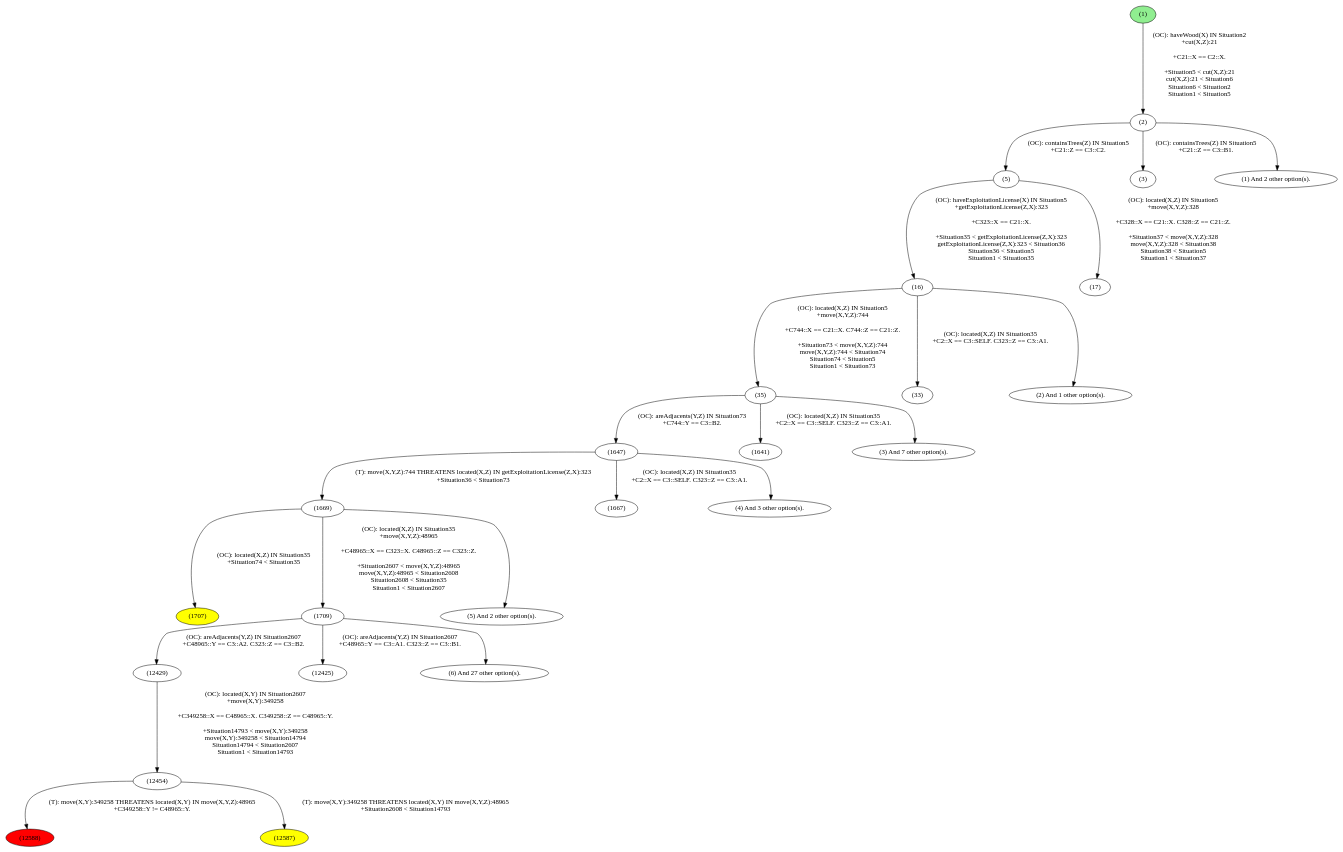
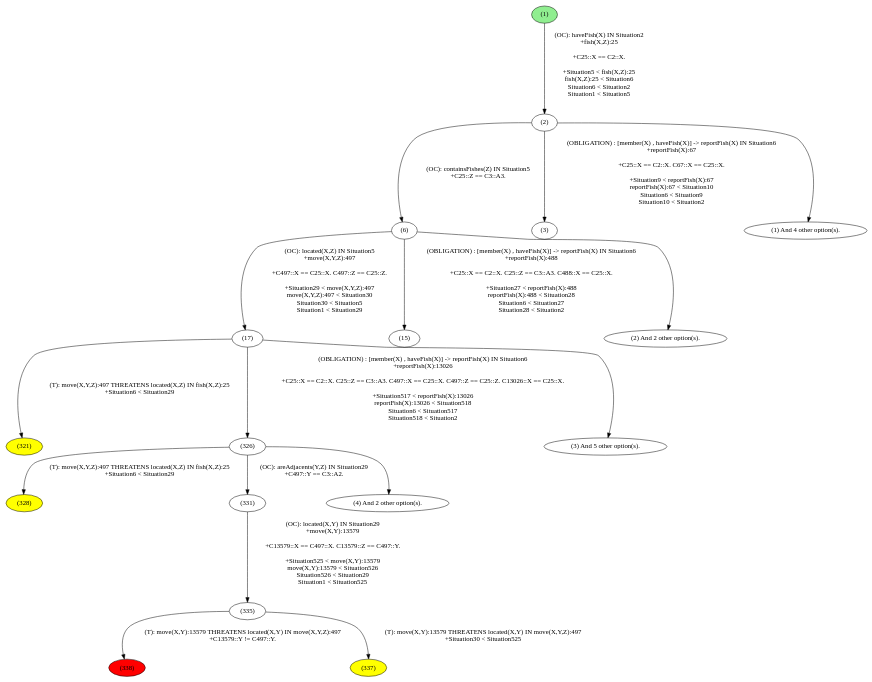
Before and after one commit to tokyramarozaka/mimosa-iriela-extension: the diagram in output/detailed.png.dot, drawn with Graphviz. The commit also changed 9 other files, not shown here.

```diff
--- a/output/detailed.png.dot
+++ b/output/detailed.png.dot
@@ -1,126 +1,101 @@
 digraph G {
-"(12588) " [style=filled,fillcolor="red"];
-"(12587) " [style=filled,fillcolor="yellow"];
-"(1707) " [style=filled,fillcolor="yellow"];
+"(338) " [style=filled,fillcolor="red"];
+"(337) " [style=filled,fillcolor="yellow"];
+"(328) " [style=filled,fillcolor="yellow"];
+"(321) " [style=filled,fillcolor="yellow"];
 "(1) " [style=filled,fillcolor="lightgreen"];
-"(1) " -> "(2) " [label="(OC): haveWood(X) IN Situation2
-+cut(X,Z):21
+"(1) " -> "(2) " [label="(OC): haveFish(X) IN Situation2
++fish(X,Z):25
 
-+C21::X == C2::X. 
++C25::X == C2::X. 
 
-+Situation5 < cut(X,Z):21
-cut(X,Z):21 < Situation6
++Situation5 < fish(X,Z):25
+fish(X,Z):25 < Situation6
 Situation6 < Situation2
 Situation1 < Situation5
 
 "];
-"(2) " -> "(5) " [label="(OC): containsTrees(Z) IN Situation5
-+C21::Z == C3::C2. 
+"(2) " -> "(6) " [label="(OC): containsFishes(Z) IN Situation5
++C25::Z == C3::A3. 
 
 "];
-"(2) " -> "(3) " [label="(OC): containsTrees(Z) IN Situation5
-+C21::Z == C3::B1. 
+"(2) " -> "(3) " [label="(OBLIGATION) : [member(X) , haveFish(X)] -> reportFish(X) IN Situation6
++reportFish(X):67
+
++C25::X == C2::X. C67::X == C25::X. 
+
++Situation9 < reportFish(X):67
+reportFish(X):67 < Situation10
+Situation6 < Situation9
+Situation10 < Situation2
 
 "];
-"(2) " -> "(1) And 2 other option(s).";
-"(5) " -> "(16) " [label="(OC): haveExploitationLicense(X) IN Situation5
-+getExploitationLicense(Z,X):323
+"(2) " -> "(1) And 4 other option(s).";
+"(6) " -> "(17) " [label="(OC): located(X,Z) IN Situation5
++move(X,Y,Z):497
 
-+C323::X == C21::X. 
++C497::X == C25::X. C497::Z == C25::Z. 
 
-+Situation35 < getExploitationLicense(Z,X):323
-getExploitationLicense(Z,X):323 < Situation36
-Situation36 < Situation5
-Situation1 < Situation35
++Situation29 < move(X,Y,Z):497
+move(X,Y,Z):497 < Situation30
+Situation30 < Situation5
+Situation1 < Situation29
 
 "];
-"(5) " -> "(17) " [label="(OC): located(X,Z) IN Situation5
-+move(X,Y,Z):328
+"(6) " -> "(15) " [label="(OBLIGATION) : [member(X) , haveFish(X)] -> reportFish(X) IN Situation6
++reportFish(X):488
 
-+C328::X == C21::X. C328::Z == C21::Z. 
++C25::X == C2::X. C25::Z == C3::A3. C488::X == C25::X. 
 
-+Situation37 < move(X,Y,Z):328
-move(X,Y,Z):328 < Situation38
-Situation38 < Situation5
-Situation1 < Situation37
++Situation27 < reportFish(X):488
+reportFish(X):488 < Situation28
+Situation6 < Situation27
+Situation28 < Situation2
 
 "];
-"(16) " -> "(35) " [label="(OC): located(X,Z) IN Situation5
-+move(X,Y,Z):744
+"(6) " -> "(2) And 2 other option(s).";
+"(17) " -> "(326) " [label="(OBLIGATION) : [member(X) , haveFish(X)] -> reportFish(X) IN Situation6
++reportFish(X):13026
 
-+C744::X == C21::X. C744::Z == C21::Z. 
++C25::X == C2::X. C25::Z == C3::A3. C497::X == C25::X. C497::Z == C25::Z. C13026::X == C25::X. 
 
-+Situation73 < move(X,Y,Z):744
-move(X,Y,Z):744 < Situation74
-Situation74 < Situation5
-Situation1 < Situation73
++Situation517 < reportFish(X):13026
+reportFish(X):13026 < Situation518
+Situation6 < Situation517
+Situation518 < Situation2
 
 "];
-"(16) " -> "(33) " [label="(OC): located(X,Z) IN Situation35
-+C2::X == C3::SELF. C323::Z == C3::A1. 
+"(17) " -> "(321) " [label="(T): move(X,Y,Z):497 THREATENS located(X,Z) IN fish(X,Z):25
++Situation6 < Situation29
 
 "];
-"(16) " -> "(2) And 1 other option(s).";
-"(35) " -> "(1647) " [label="(OC): areAdjacents(Y,Z) IN Situation73
-+C744::Y == C3::B2. 
+"(17) " -> "(3) And 5 other option(s).";
+"(326) " -> "(331) " [label="(OC): areAdjacents(Y,Z) IN Situation29
++C497::Y == C3::A2. 
 
 "];
-"(35) " -> "(1641) " [label="(OC): located(X,Z) IN Situation35
-+C2::X == C3::SELF. C323::Z == C3::A1. 
+"(326) " -> "(328) " [label="(T): move(X,Y,Z):497 THREATENS located(X,Z) IN fish(X,Z):25
++Situation6 < Situation29
 
 "];
-"(35) " -> "(3) And 7 other option(s).";
-"(1647) " -> "(1669) " [label="(T): move(X,Y,Z):744 THREATENS located(X,Z) IN getExploitationLicense(Z,X):323
-+Situation36 < Situation73
+"(326) " -> "(4) And 2 other option(s).";
+"(331) " -> "(335) " [label="(OC): located(X,Y) IN Situation29
++move(X,Y):13579
+
++C13579::X == C497::X. C13579::Z == C497::Y. 
+
++Situation525 < move(X,Y):13579
+move(X,Y):13579 < Situation526
+Situation526 < Situation29
+Situation1 < Situation525
 
 "];
-"(1647) " -> "(1667) " [label="(OC): located(X,Z) IN Situation35
-+C2::X == C3::SELF. C323::Z == C3::A1. 
+"(335) " -> "(338) " [label="(T): move(X,Y):13579 THREATENS located(X,Y) IN move(X,Y,Z):497
++C13579::Y != C497::Y. 
 
 "];
-"(1647) " -> "(4) And 3 other option(s).";
-"(1669) " -> "(1709) " [label="(OC): located(X,Z) IN Situation35
-+move(X,Y,Z):48965
-
-+C48965::X == C323::X. C48965::Z == C323::Z. 
-
-+Situation2607 < move(X,Y,Z):48965
-move(X,Y,Z):48965 < Situation2608
-Situation2608 < Situation35
-Situation1 < Situation2607
-
-"];
-"(1669) " -> "(1707) " [label="(OC): located(X,Z) IN Situation35
-+Situation74 < Situation35
-
-"];
-"(1669) " -> "(5) And 2 other option(s).";
-"(1709) " -> "(12429) " [label="(OC): areAdjacents(Y,Z) IN Situation2607
-+C48965::Y == C3::A2. C323::Z == C3::B2. 
-
-"];
-"(1709) " -> "(12425) " [label="(OC): areAdjacents(Y,Z) IN Situation2607
-+C48965::Y == C3::A1. C323::Z == C3::B1. 
-
-"];
-"(1709) " -> "(6) And 27 other option(s).";
-"(12429) " -> "(12454) " [label="(OC): located(X,Y) IN Situation2607
-+move(X,Y):349258
-
-+C349258::X == C48965::X. C349258::Z == C48965::Y. 
-
-+Situation14793 < move(X,Y):349258
-move(X,Y):349258 < Situation14794
-Situation14794 < Situation2607
-Situation1 < Situation14793
-
-"];
-"(12454) " -> "(12588) " [label="(T): move(X,Y):349258 THREATENS located(X,Y) IN move(X,Y,Z):48965
-+C349258::Y != C48965::Y. 
-
-"];
-"(12454) " -> "(12587) " [label="(T): move(X,Y):349258 THREATENS located(X,Y) IN move(X,Y,Z):48965
-+Situation2608 < Situation14793
+"(335) " -> "(337) " [label="(T): move(X,Y):13579 THREATENS located(X,Y) IN move(X,Y,Z):497
++Situation30 < Situation525
 
 "];
 }
```
